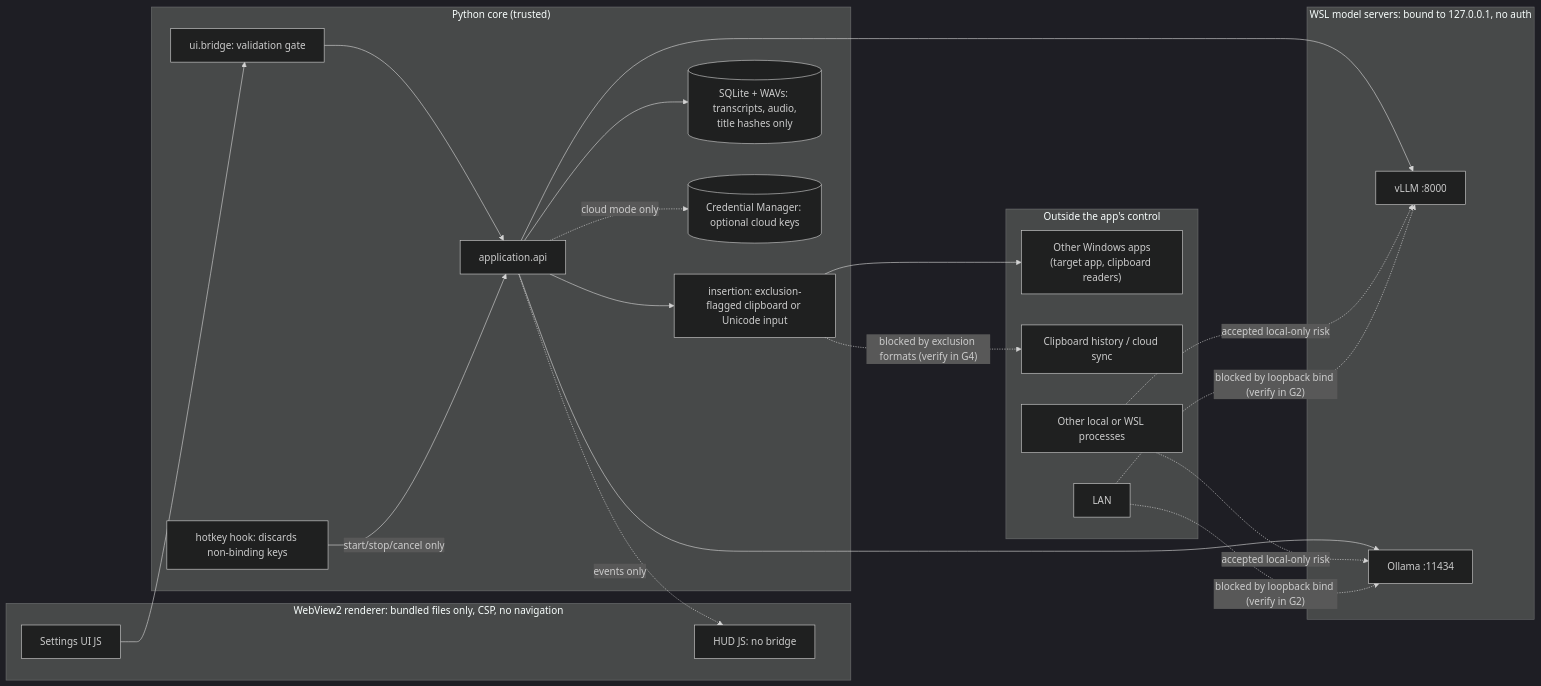
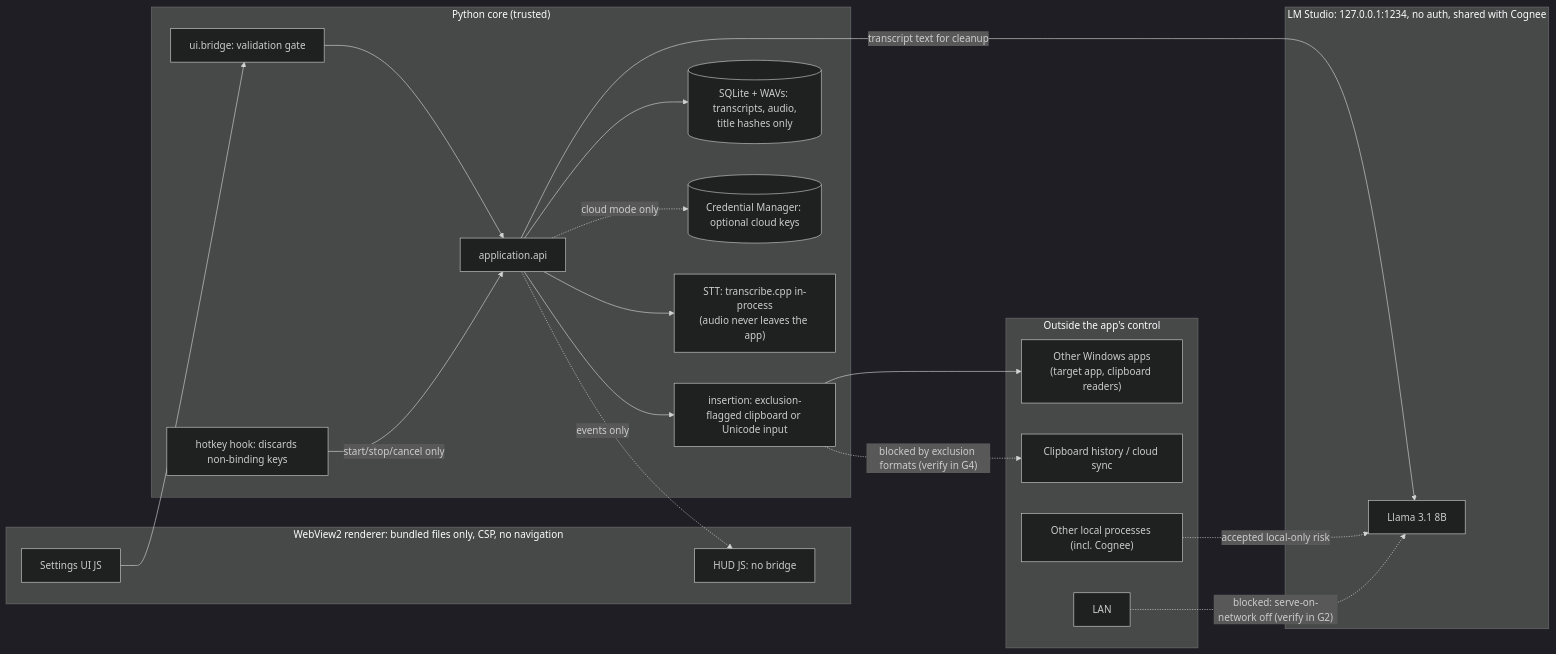
Before and after one commit to June74/wispr_clone: the second of 2 diagrams in backend_dev/CODEMAP_GRAPH.md, drawn with Mermaid (dark theme). The commit also changed other lines of this file and 12 other files, not shown here.

First line of the commit message:
Adopt in-process transcribe.cpp STT and LM Studio cleanup (G2)

````diff
--- a/backend_dev/CODEMAP_GRAPH.md
+++ b/backend_dev/CODEMAP_GRAPH.md
@@ -97,38 +97,39 @@
 ```mermaid
 flowchart LR
   subgraph Ext["Outside the app's control"]
     OtherApps["Other Windows apps<br/>(target app, clipboard readers)"]
     ClipHist["Clipboard history / cloud sync"]
-    LocalProcs["Other local or WSL processes"]
+    LocalProcs["Other local processes (incl. Cognee)"]
     LAN["LAN"]
   end
 
   subgraph Renderer["WebView2 renderer: bundled files only, CSP, no navigation"]
     SettingsUI["Settings UI JS"]
     HudUI["HUD JS: no bridge"]
   end
 
   subgraph Core["Python core (trusted)"]
     Bridge["ui.bridge: validation gate"]
     Api["application.api"]
     Hook["hotkey hook: discards non-binding keys"]
     Ins["insertion: exclusion-flagged clipboard or Unicode input"]
     Data[("SQLite + WAVs: transcripts, audio,<br/>title hashes only")]
     Secrets[("Credential Manager: optional cloud keys")]
+    Vox["STT: transcribe.cpp in-process<br/>(audio never leaves the app)"]
   end
 
-  subgraph WSL["WSL model servers: bound to 127.0.0.1, no auth"]
-    Vox["vLLM :8000"]
-    Oll["Ollama :11434"]
+  subgraph LMS["LM Studio: 127.0.0.1:1234, no auth, shared with Cognee"]
+    Llm["Llama 3.1 8B"]
   end
 
   SettingsUI --> Bridge --> Api --> Data
   Api -.->|events only| HudUI
   Hook -->|start/stop/cancel only| Api
   Api --> Ins --> OtherApps
   Ins -. "blocked by exclusion formats (verify in G4)" .-> ClipHist
-  Api --> Vox & Oll
-  LocalProcs -. "accepted local-only risk" .-> Vox & Oll
-  LAN -. "blocked by loopback bind (verify in G2)" .-> Vox & Oll
+  Api --> Vox
+  Api -->|transcript text for cleanup| Llm
+  LocalProcs -. "accepted local-only risk" .-> Llm
+  LAN -. "blocked: serve-on-network off (verify in G2)" .-> Llm
   Api -. "cloud mode only" .-> Secrets
 ```
````
